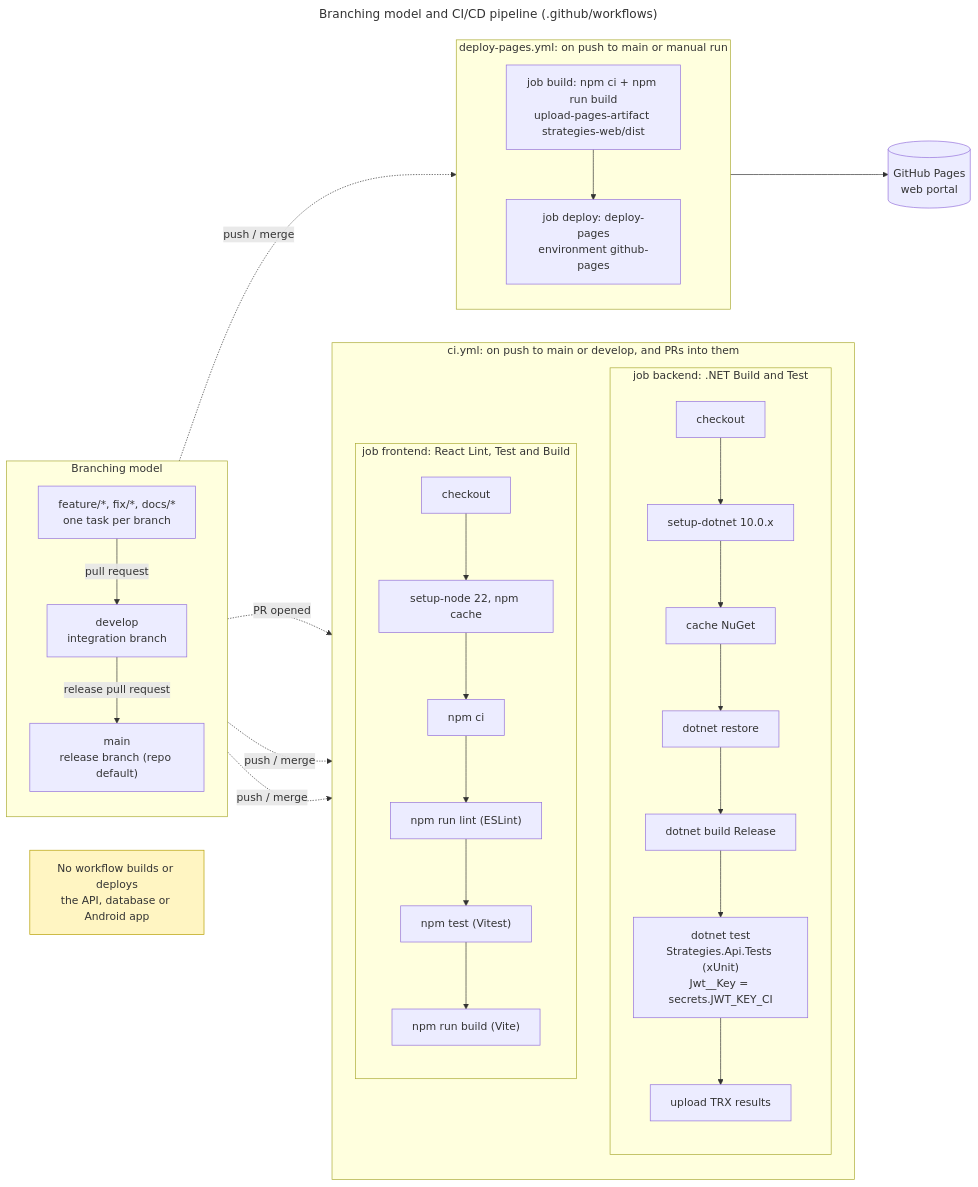
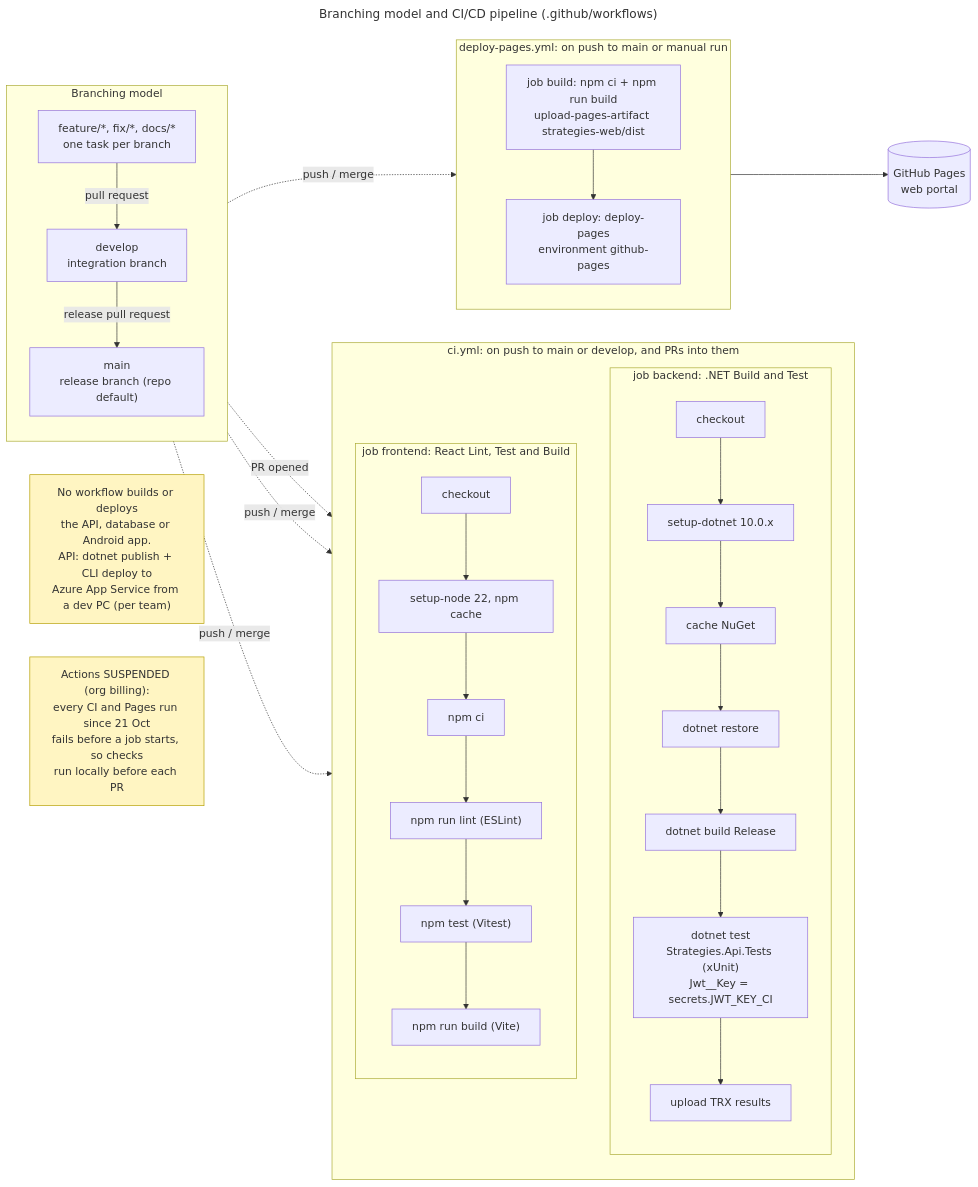
The diagram in docs/diagrams/pipeline.mmd (Muthambi-Mbulungeni/final-project-api), drawn with Mermaid before and after one commit. The commit also changed 45 other files, not shown here.

First line of the commit message:
docs: audit report diagrams against develop, typed UML design classes

```diff
--- a/docs/diagrams/pipeline.mmd
+++ b/docs/diagrams/pipeline.mmd
@@ -1,41 +1,42 @@
 ---
 title: Branching model and CI/CD pipeline (.github/workflows)
 ---
 flowchart LR
     subgraph BR["Branching model"]
         direction TB
         FEAT["feature/*, fix/*, docs/*<br>one task per branch"]
         DEVB["develop<br>integration branch"]
         MAINB["main<br>release branch (repo default)"]
         FEAT -->|pull request| DEVB
         DEVB -->|release pull request| MAINB
     end
 
     subgraph CIY["ci.yml: on push to main or develop, and PRs into them"]
         direction TB
         subgraph J1["job backend: .NET Build and Test"]
             direction TB
             B1[checkout] --> B2["setup-dotnet 10.0.x"] --> B3["cache NuGet"] --> B4["dotnet restore"] --> B5["dotnet build Release"] --> B6["dotnet test<br>Strategies.Api.Tests (xUnit)<br>Jwt__Key = secrets.JWT_KEY_CI"] --> B7["upload TRX results"]
         end
         subgraph J2["job frontend: React Lint, Test and Build"]
             direction TB
             F1[checkout] --> F2["setup-node 22, npm cache"] --> F3["npm ci"] --> F4["npm run lint (ESLint)"] --> F5["npm test (Vitest)"] --> F6["npm run build (Vite)"]
         end
     end
 
     subgraph DPY["deploy-pages.yml: on push to main or manual run"]
         direction TB
         D1["job build: npm ci + npm run build<br>upload-pages-artifact strategies-web/dist"] --> D2["job deploy: deploy-pages<br>environment github-pages"]
     end
 
     PAGES[("GitHub Pages<br>web portal")]
-    NOAPI["No workflow builds or deploys<br>the API, database or Android app"]
+    NOAPI["No workflow builds or deploys<br>the API, database or Android app.<br>API: dotnet publish + CLI deploy to<br>Azure App Service from a dev PC (per team)"]
+    SUSP["Actions SUSPENDED (org billing):<br>every CI and Pages run since 21 Oct<br>fails before a job starts, so checks<br>run locally before each PR"]
 
     FEAT -.->|PR opened| CIY
     DEVB -.->|push / merge| CIY
     MAINB -.->|push / merge| CIY
     MAINB -.->|push / merge| DPY
     D2 --> PAGES
 
     classDef gap fill:#fff5c2,stroke:#b59f00
-    class NOAPI gap
+    class NOAPI,SUSP gap
```
